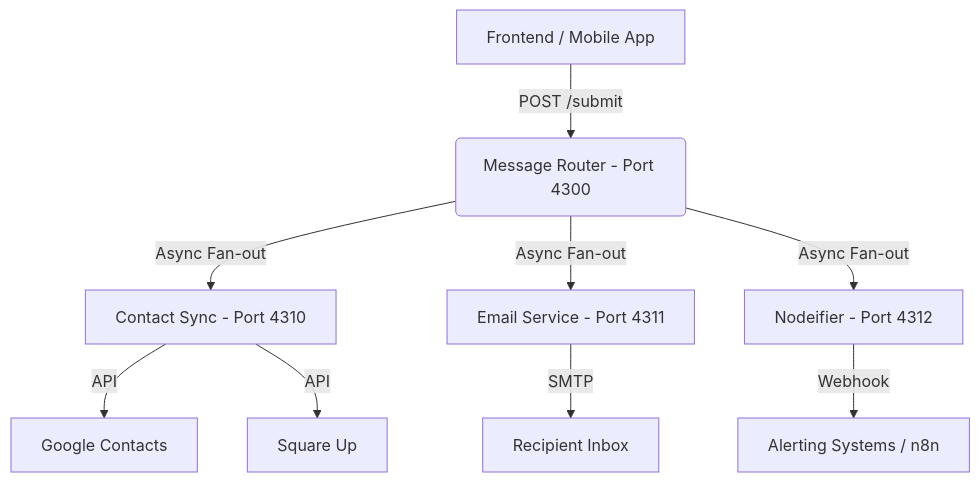
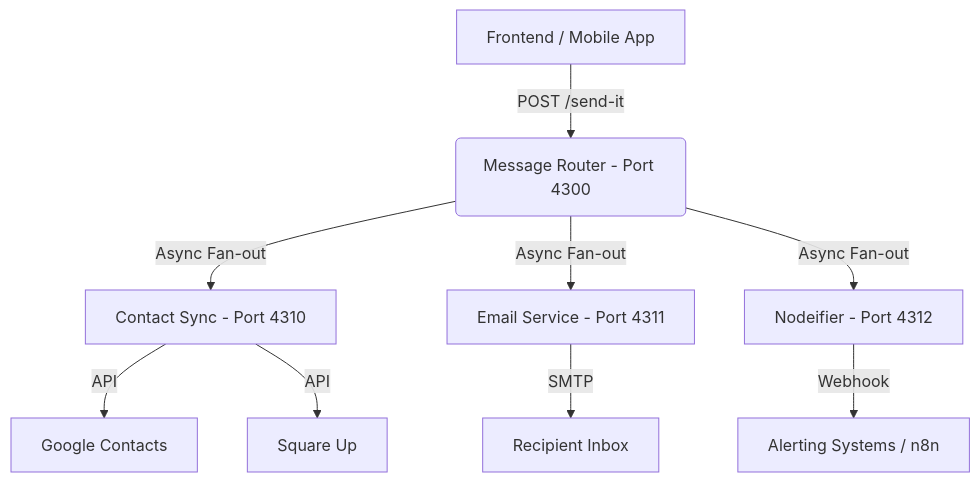
One commit to morrelli43/oys_live_subprocesses changed the diagram in README.md. Above: the diagram before and after it, drawn with Mermaid. The commit also changed other lines of this file and 6 other files, not shown here.

````diff
--- a/README.md
+++ b/README.md
@@ -9,12 +9,12 @@
 ```mermaid
 graph TD
-    A[Frontend / Mobile App] -->|POST /submit| B(Message Router - Port 4300)
+    A[Frontend / Mobile App] -->|POST /send-it| B(Message Router - Port 4300)
     B -->|Async Fan-out| C[Contact Sync - Port 4310]
     B -->|Async Fan-out| D[Email Service - Port 4311]
     B -->|Async Fan-out| E[Nodeifier - Port 4312]
     
     C -->|API| G[Google Contacts]
     C -->|API| S[Square Up]
     D -->|SMTP| M[Recipient Inbox]
     E -->|Webhook| N[Alerting Systems / n8n]
 ```
````
